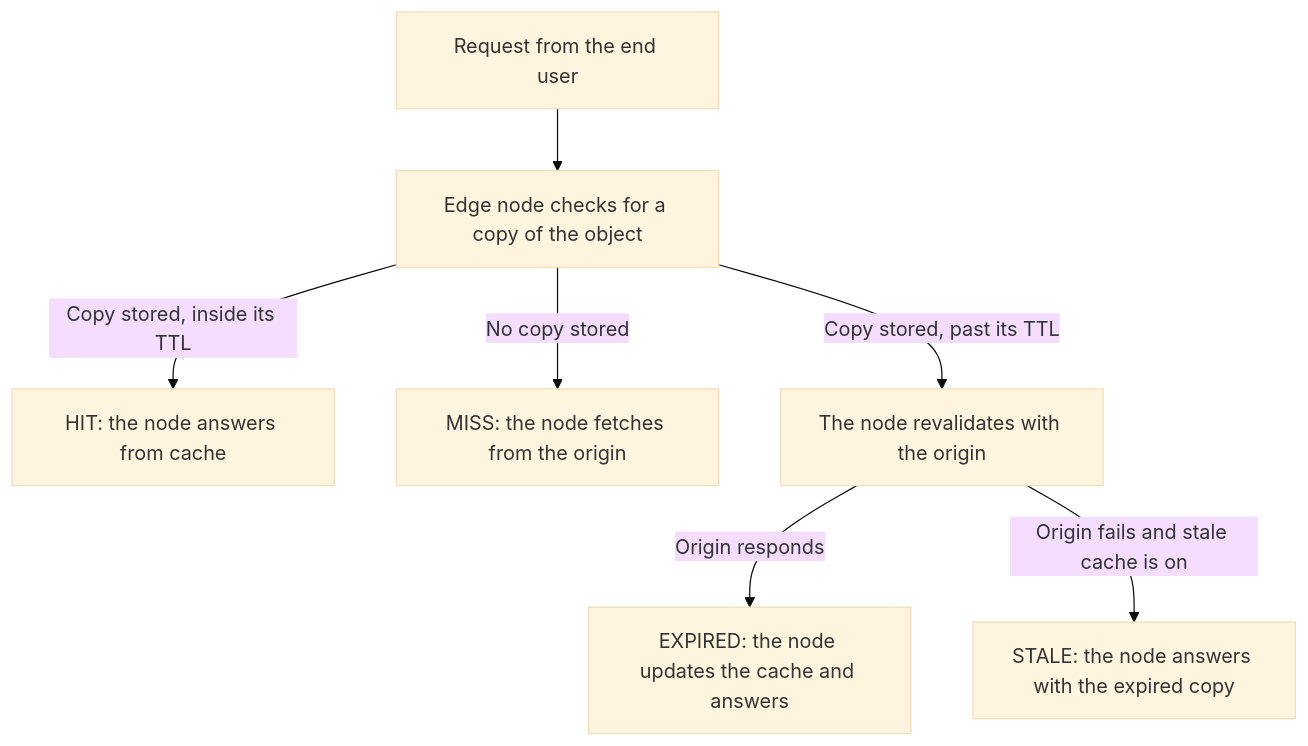
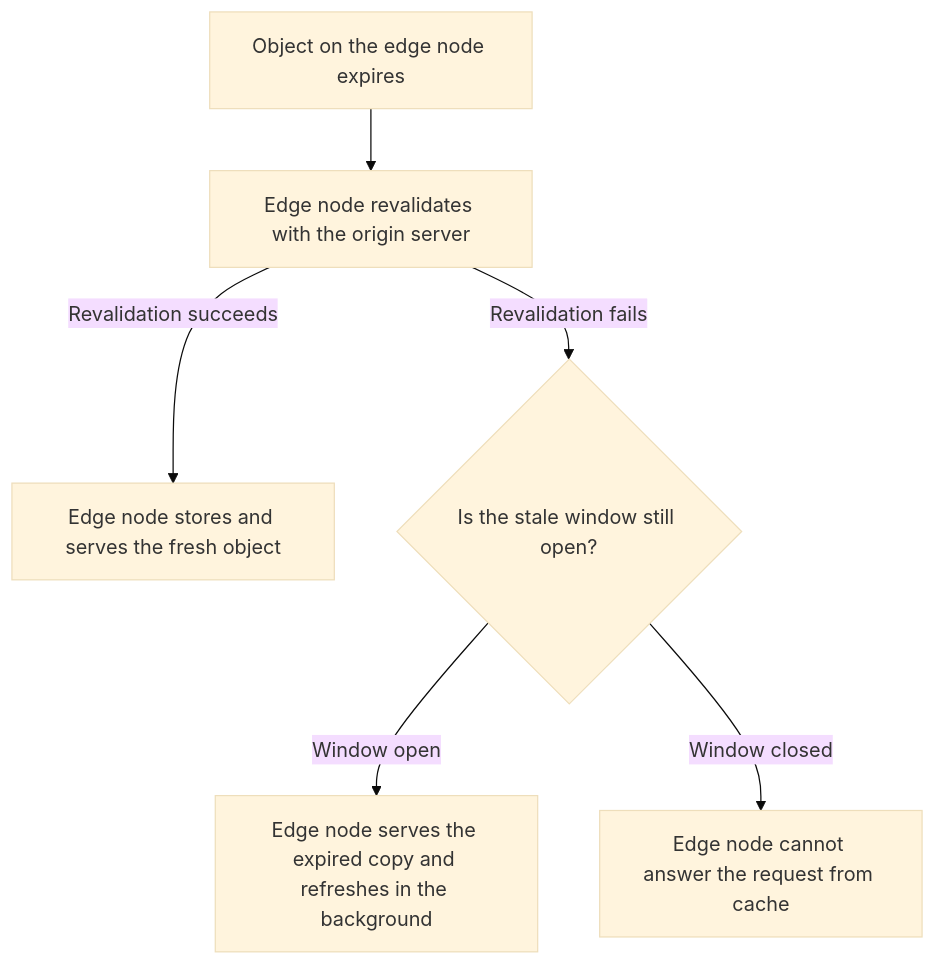
The second of 2 diagrams in src/content/docs/en/pages/main-menu/reference/build/edge-application/cache-how-it-works.mdx (souzavinny/azion-docs), drawn with Mermaid (base theme) before and after one commit. The commit also changed other lines of this file and 20 other files, not shown here.

````diff
--- a/src/content/docs/en/pages/main-menu/reference/build/edge-application/cache-how-it-works.mdx
+++ b/src/content/docs/en/pages/main-menu/reference/build/edge-application/cache-how-it-works.mdx
@@ -23,9 +102,8 @@
 ```mermaid
 flowchart TD
-  A["Request from the end user"] --> B["Edge node checks for a copy of the object"]
-  B -->|"Copy stored, inside its TTL"| C["HIT: the node answers from cache"]
-  B -->|"No copy stored"| D["MISS: the node fetches from the origin"]
-  B -->|"Copy stored, past its TTL"| E["The node revalidates with the origin"]
-  E -->|"Origin responds"| F["EXPIRED: the node updates the cache and answers"]
-  E -->|"Origin fails and stale cache is on"| G["STALE: the node answers with the expired copy"]
+  A[Object on the edge node expires] --> B[Edge node revalidates with the origin server]
+  B -- Revalidation succeeds --> C[Edge node stores and serves the fresh object]
+  B -- Revalidation fails --> D{Is the stale window still open?}
+  D -- Window open --> E[Edge node serves the expired copy and refreshes in the background]
+  D -- Window closed --> F[Edge node cannot answer the request from cache]
 ```
````
